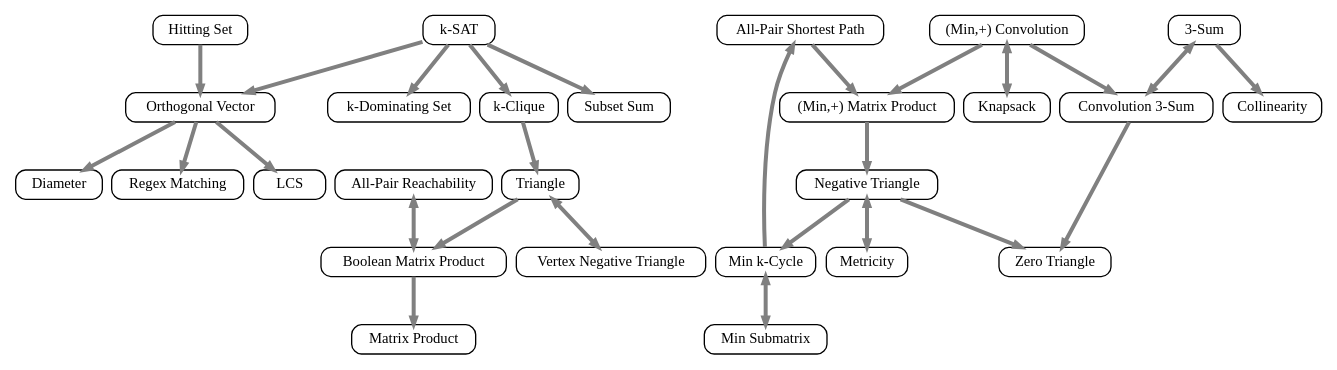
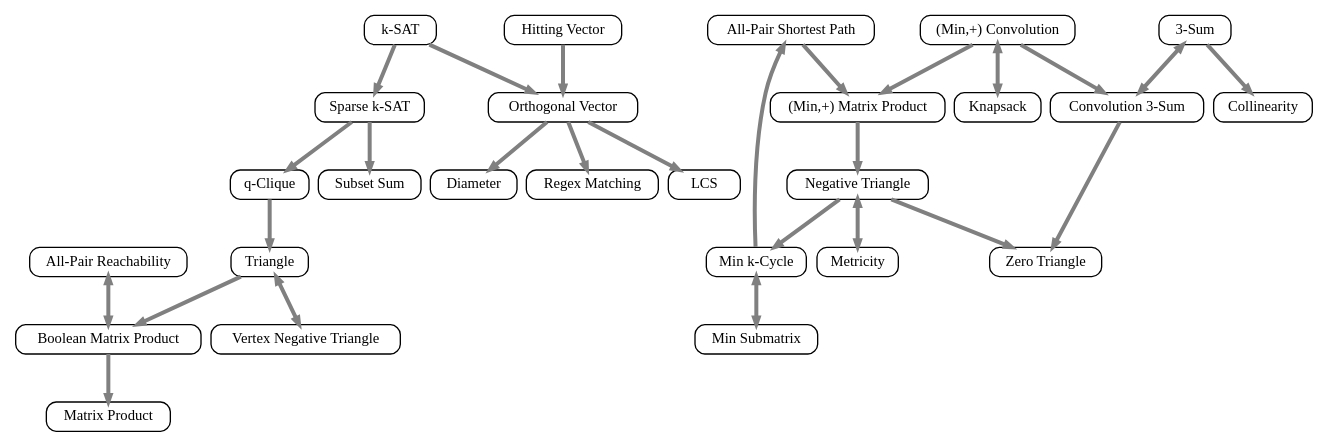
Before and after one commit to YanhengWang/yanhengwang.github.io: the diagram in notes/fine-grained/navigation.gv, drawn with Graphviz. The commit also changed 8 other files, not shown here.

```diff
--- a/notes/fine-grained/navigation.gv
+++ b/notes/fine-grained/navigation.gv
@@ -1,65 +1,68 @@
 digraph reductions {
 	graph [nodesep=0.1]
 	node [fontname="Gentium Basic"; fontsize=11; shape=box; style=rounded; height=0.3]
 	edge [penwidth=3; arrowsize=0.5; color="grey", target="_top"]
 
 	sat [label="k-SAT"]
+	ssat [label="Sparse k-SAT"]
 	ov [label="Orthogonal Vector"]
 	apsp [label="All-Pair Shortest Path"]
 	sum3 [label="3-Sum"]
 
-	dom [label="k-Dominating Set"]
-	clique [label="k-Clique"]
+	clique [label="q-Clique"]
 	subset_sum [label="Subset Sum"]
 	knapsack [label="Knapsack"]
-	hs [label="Hitting Set"]
+	hv [label="Hitting Vector"]
 
 	diam [label="Diameter"]
 	regex [label="Regex Matching"]
 	lcs [label="LCS"]
 
 	mat_prod [label="Matrix Product"]
 	mat_prod_bool [label="Boolean Matrix Product"]
 	mat_prod_minplus [label="(Min,+) Matrix Product"]
 	minplus_conv [label="(Min,+) Convolution"]
 
 	tri [label="Triangle"]
 	tri_neg_v [label="Vertex Negative Triangle"]
 	tri_neg [label="Negative Triangle"]
 	tri_zero [label="Zero Triangle"]
 	min_k_cycle [label="Min k-Cycle"]
 	metric [label="Metricity"]
 	submat_sum [label="Min Submatrix"]
 	reach [label="All-Pair Reachability"]
 
 	sum3_conv [label="Convolution 3-Sum"]
 	collinear [label="Collinearity"]
 
-	sat -> {ov, dom, clique, subset_sum}
-	clique -> tri
-	hs -> ov
+	sat -> ssat [URL="kSAT-skSAT"]
+	sat -> ov [URL="kSAT-OV"]
+	ssat -> clique [URL="skSAT-qclique"]
+	ssat -> subset_sum [URL="skSAT-subsetsum"]
+	clique -> tri [URL="qclique-triangle"]
+	hv -> ov [URL="HV-OV"]
 	ov -> diam [URL="OV-diameter"]
 	ov -> regex [URL="OV-regex"]
-	ov -> lcs
+	ov -> lcs [URL="OV-LCS"]
 
 	apsp -> mat_prod_minplus [URL="APSP-minplus"]
 	mat_prod_minplus -> tri_neg [URL="minplus-negtriangle"]
 	tri_neg -> min_k_cycle [URL="negtriangle-mincycle"]
 	tri_neg -> metric [dir=both; URL="negtriangle-metric"]
 	tri_neg -> tri_zero [URL="negtriangle-zerotriangle"]
 	min_k_cycle -> apsp [URL="mincycle-APSP"]
 	min_k_cycle -> submat_sum [dir=both; URL="mincycle-minsubmatrix"]
 
 	tri -> tri_neg_v [dir=both; URL="triangle-vnegtriangle"]
 	tri -> mat_prod_bool [URL="triangle-BMM"]
 	reach -> mat_prod_bool [dir=both; URL="reachability-BMM"]
 	mat_prod_bool -> mat_prod [URL="BMM-MM"]
 
 	sum3 -> sum3_conv [dir=both, URL="3sum-conv3sum"]
 	sum3 -> collinear [URL="3sum-collinearity"]
 	sum3_conv -> tri_zero [URL="conv3sum-zerotriangle"]
 
 	minplus_conv -> sum3_conv [URL="minplusconv-conv3sum"]
 	minplus_conv -> mat_prod_minplus [URL="minplusconv-minplus"]
 	minplus_conv -> knapsack [dir=both, URL="minplusconv-knapsack"]
 }
```
